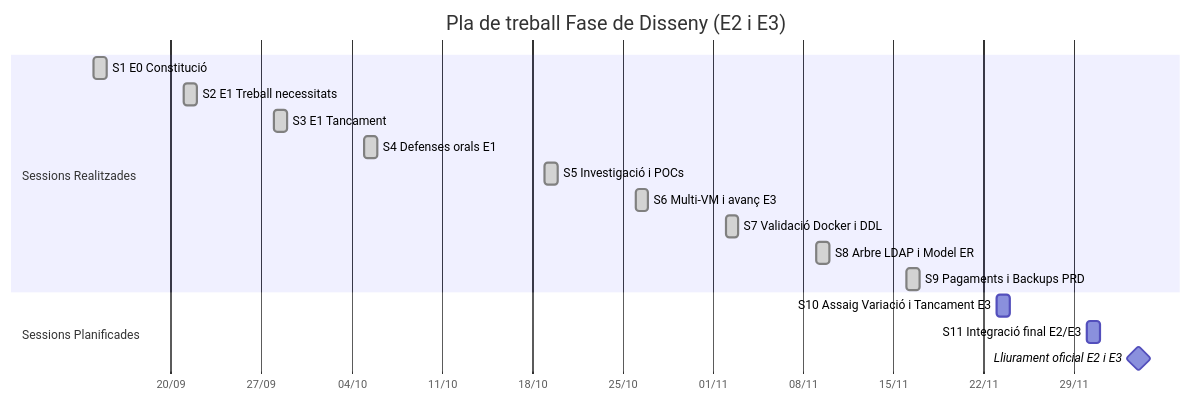
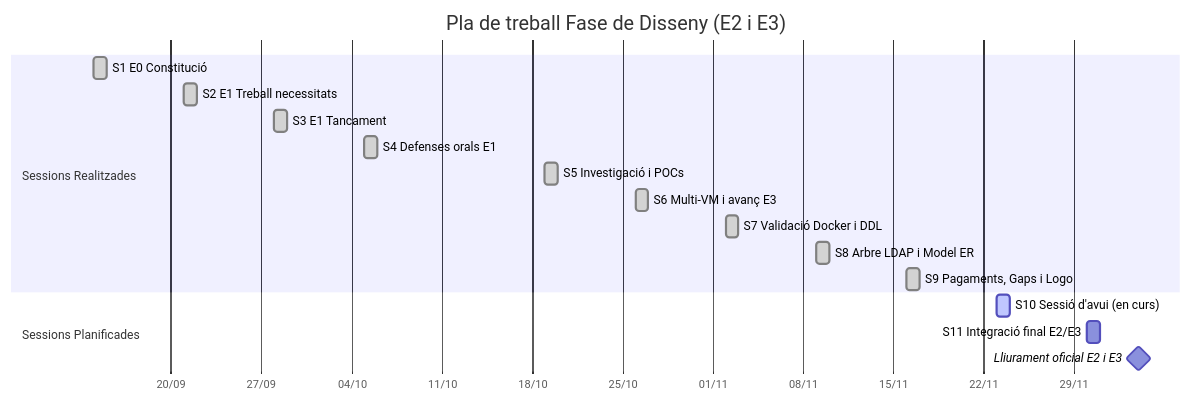
One commit to JoanGarcia25/avigest-projecte changed the diagram in docs/diari_treball/diari_treball.md. Above: the diagram before and after it, drawn with Mermaid. The commit also changed other lines of this file and 2 other files, not shown here.

````diff
--- a/docs/diari_treball/diari_treball.md
+++ b/docs/diari_treball/diari_treball.md
@@ -207,20 +216,20 @@
 ```mermaid
 gantt
     title Pla de treball Fase de Disseny (E2 i E3)
     dateFormat  YYYY-MM-DD
     axisFormat  %d/%m
     section Sessions Realitzades
     S1 E0 Constitució        :done, 2026-09-14, 1d
     S2 E1 Treball necessitats :done, 2026-09-21, 1d
     S3 E1 Tancament           :done, 2026-09-28, 1d
     S4 Defenses orals E1      :done, 2026-10-05, 1d
     S5 Investigació i POCs    :done, 2026-10-19, 1d
     S6 Multi-VM i avanç E3    :done, 2026-10-26, 1d
     S7 Validació Docker i DDL :done, 2026-11-02, 1d
     S8 Arbre LDAP i Model ER  :done, 2026-11-09, 1d
-    S9 Pagaments i Backups PRD:done, 2026-11-16, 1d
+    S9 Pagaments, Gaps i Logo :done, 2026-11-16, 1d
     section Sessions Planificades
-    S10 Assaig Variació i Tancament E3  :2026-11-23, 1d
+    S10 Sessió d'avui (en curs)         :active, 2026-11-23, 1d
     S11 Integració final E2/E3          :2026-11-30, 1d
     Lliurament oficial E2 i E3          :milestone, 2026-12-04, 0d
 ```
````
